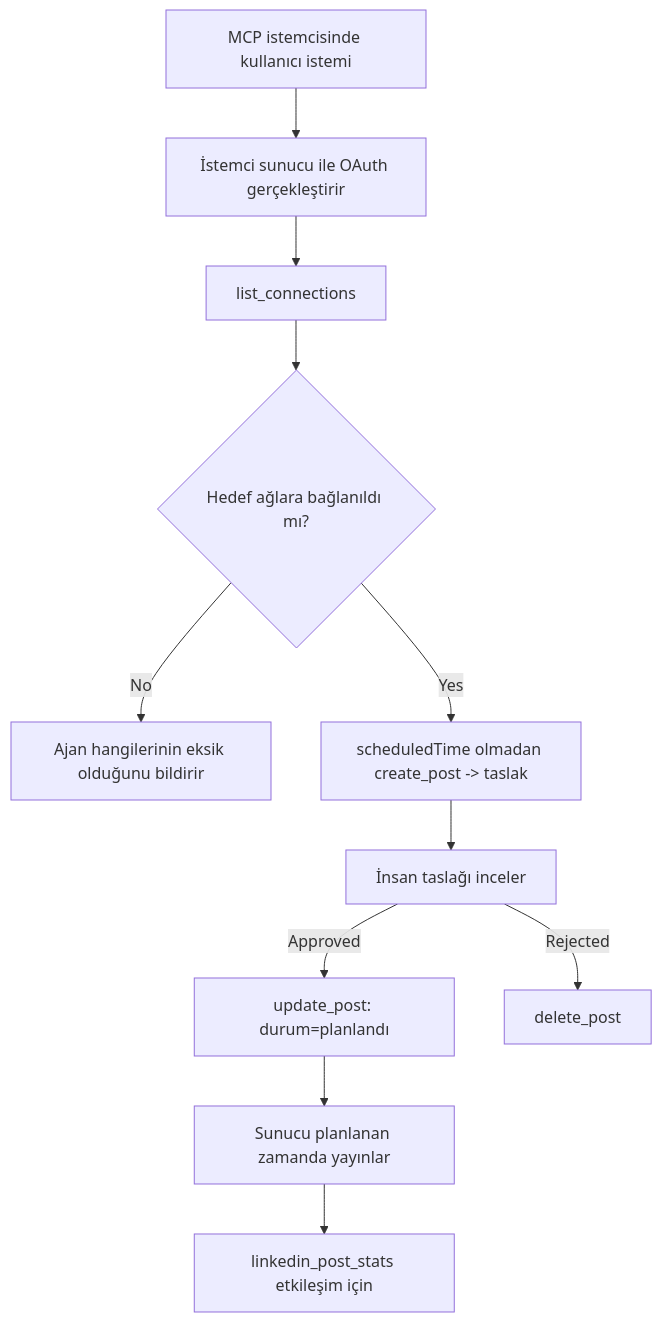
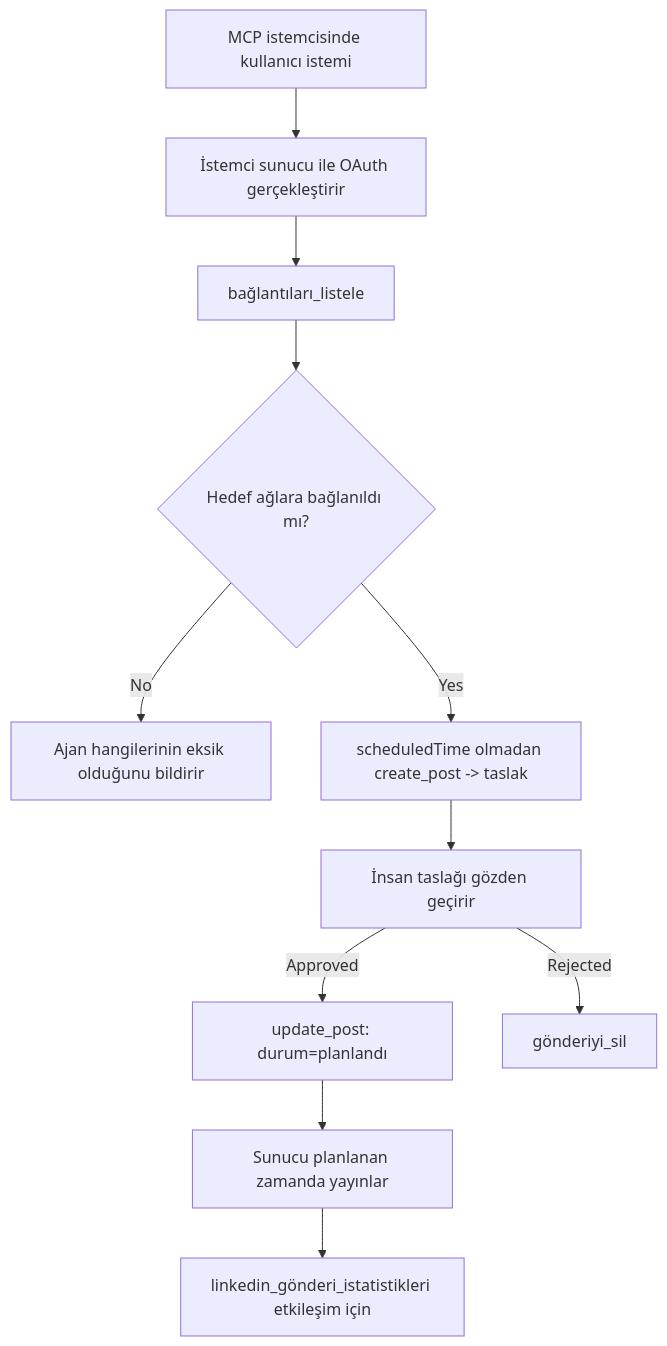
Before and after one commit to microsoft/mcp-for-beginners: the diagram in translations/tr/09-CaseStudy/publora-social-publishing.md, drawn with Mermaid. The commit also changed other lines of this file and 134 other files, not shown here.

````diff
--- a/translations/tr/09-CaseStudy/publora-social-publishing.md
+++ b/translations/tr/09-CaseStudy/publora-social-publishing.md
@@ -47,13 +47,13 @@
 ```mermaid
 flowchart TD
     A[MCP istemcisinde kullanıcı istemi] --> B[İstemci sunucu ile OAuth gerçekleştirir]
-    B --> C[list_connections]
+    B --> C[bağlantıları_listele]
     C --> D{Hedef ağlara bağlanıldı mı?}
     D -- No --> E[Ajan hangilerinin eksik olduğunu bildirir]
     D -- Yes --> F[scheduledTime olmadan create_post -> taslak]
-    F --> G[İnsan taslağı inceler]
+    F --> G[İnsan taslağı gözden geçirir]
     G -- Approved --> H[update_post: durum=planlandı]
-    G -- Rejected --> I[delete_post]
+    G -- Rejected --> I[gönderiyi_sil]
     H --> J[Sunucu planlanan zamanda yayınlar]
-    J --> K[linkedin_post_stats etkileşim için]
+    J --> K[linkedin_gönderi_istatistikleri etkileşim için]
 ```
````
